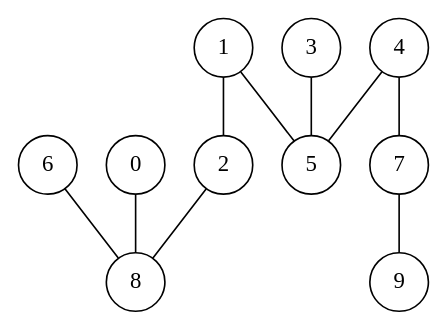
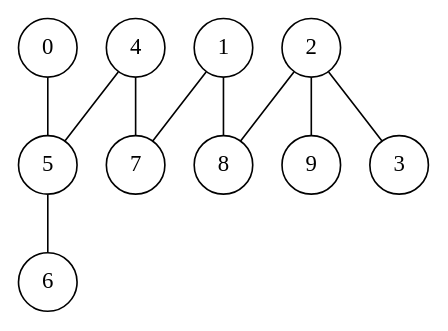
Before and after one commit to rafaelpeixoto7559/TI4-Games: the diagram in Assets/grafo.dot, drawn with Graphviz. The commit also changed 1026 other files, not shown here.

```diff
--- a/Assets/grafo.dot
+++ b/Assets/grafo.dot
@@ -1,12 +1,12 @@
 graph G {
     node [shape=circle];
-    6 -- 8;
     4 -- 7;
+    5 -- 6;
     4 -- 5;
-    0 -- 8;
-    7 -- 9;
-    3 -- 5;
+    1 -- 7;
+    2 -- 3;
+    0 -- 5;
+    1 -- 8;
+    2 -- 9;
     2 -- 8;
-    1 -- 2;
-    1 -- 5;
 }
```
